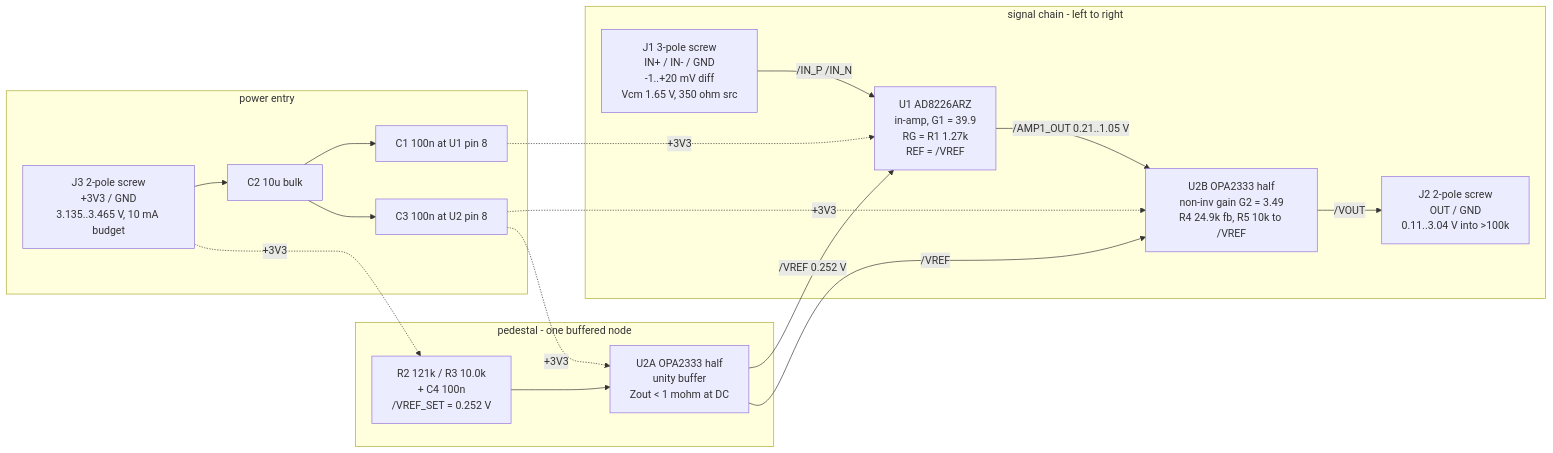
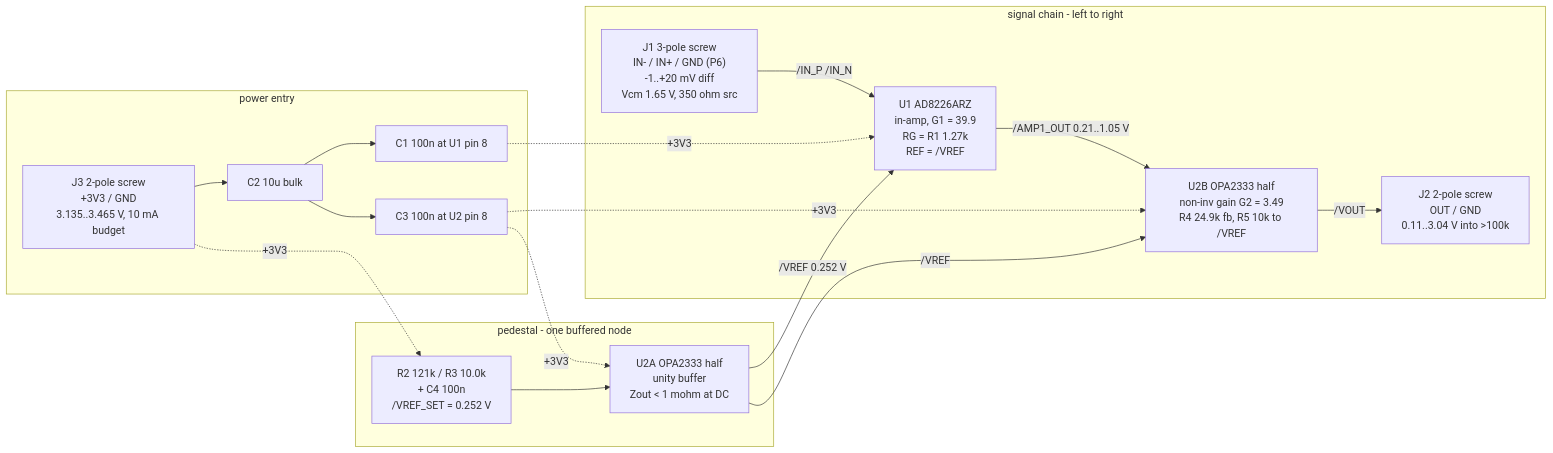
Before and after one commit to ihsan-sa/hwde: the diagram in boards/bb-amp/architecture/blocks.md, drawn with Mermaid. The commit also changed other lines of this file and 38 other files, not shown here.

````diff
--- a/boards/bb-amp/architecture/blocks.md
+++ b/boards/bb-amp/architecture/blocks.md
@@ -18,32 +18,32 @@
 ```mermaid
 flowchart LR
   subgraph SIGNAL["signal chain - left to right"]
-    J1["J1 3-pole screw<br/>IN+ / IN- / GND<br/>-1..+20 mV diff<br/>Vcm 1.65 V, 350 ohm src"]
+    J1["J1 3-pole screw<br/>IN- / IN+ / GND (P6)<br/>-1..+20 mV diff<br/>Vcm 1.65 V, 350 ohm src"]
     U1["U1 AD8226ARZ<br/>in-amp, G1 = 39.9<br/>RG = R1 1.27k<br/>REF = /VREF"]
     U2B["U2B OPA2333 half<br/>non-inv gain G2 = 3.49<br/>R4 24.9k fb, R5 10k to /VREF"]
     J2["J2 2-pole screw<br/>OUT / GND<br/>0.11..3.04 V into >100k"]
     J1 -->|"/IN_P /IN_N"| U1
     U1 -->|"/AMP1_OUT 0.21..1.05 V"| U2B
     U2B -->|"/VOUT"| J2
   end
   subgraph REF["pedestal - one buffered node"]
     DIV["R2 121k / R3 10.0k<br/>+ C4 100n<br/>/VREF_SET = 0.252 V"]
     U2A["U2A OPA2333 half<br/>unity buffer<br/>Zout &lt; 1 mohm at DC"]
     DIV --> U2A
     U2A -->|"/VREF 0.252 V"| U1
     U2A -->|"/VREF"| U2B
   end
   subgraph PWR["power entry"]
     J3["J3 2-pole screw<br/>+3V3 / GND<br/>3.135..3.465 V, 10 mA budget"]
     C2["C2 10u bulk"]
     C1["C1 100n at U1 pin 8"]
     C3["C3 100n at U2 pin 8"]
     J3 --> C2
     C2 --> C1
     C2 --> C3
   end
   C1 -.->|"+3V3"| U1
   C3 -.->|"+3V3"| U2B
   C3 -.->|"+3V3"| U2A
   J3 -.->|"+3V3"| DIV
 ```
````
